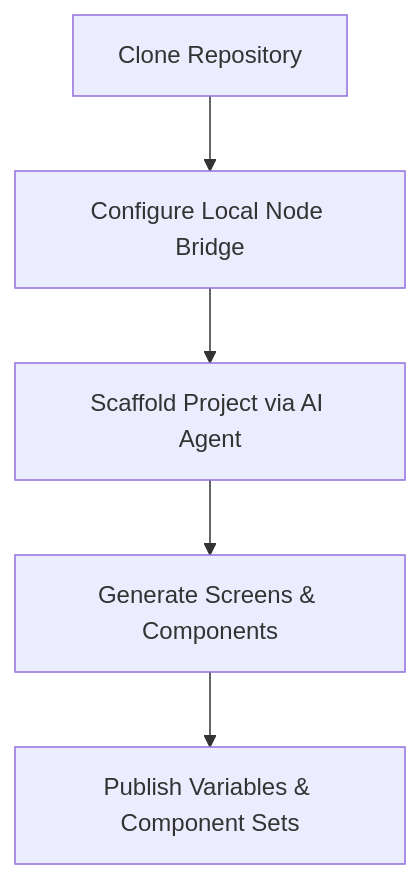
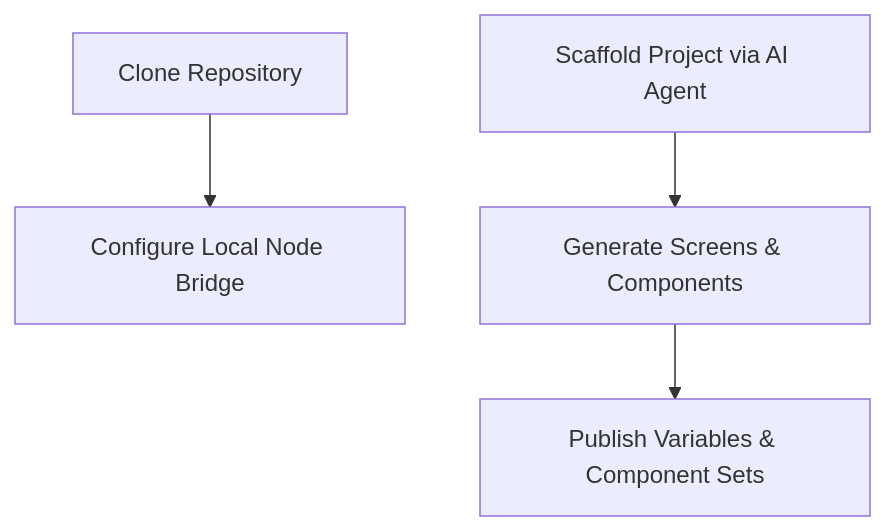
Before and after one commit to Anshul2021/Figma-Mcp: the fourth of 5 diagrams in README.md, drawn with Mermaid. The commit also changed other lines of this file, not shown here.

````diff
--- a/README.md
+++ b/README.md
@@ -97,7 +115,6 @@
 ```mermaid
 flowchart TD
     DEV1[Clone Repository] --> DEV2[Configure Local Node Bridge]
-    DEV2 --> DEV3[Scaffold Project via AI Agent]
-    DEV3 --> DEV4[Generate Screens & Components]
+    DEV3[Scaffold Project via AI Agent] --> DEV4[Generate Screens & Components]
     DEV4 --> DEV5[Publish Variables & Component Sets]
 ```
````
